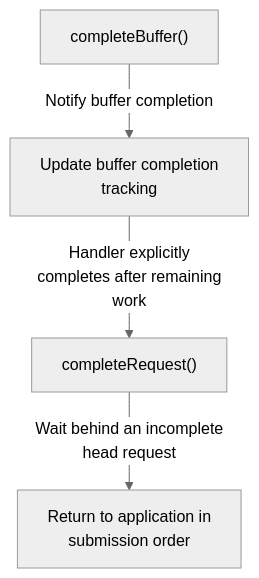
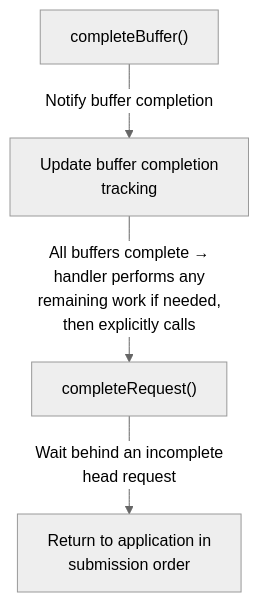
Before and after one commit to TTolsun/libcamera-sdd: the diagram in docs/en/pipeline-requests.buffer-request-completion.mmd, drawn with Mermaid (neutral theme). The commit also changed 95 other files, not shown here.

```diff
--- a/docs/en/pipeline-requests.buffer-request-completion.mmd
+++ b/docs/en/pipeline-requests.buffer-request-completion.mmd
@@ -1,9 +1,9 @@
 flowchart TB
 
   v_buffer["completeBuffer#40;#41;"]
   v_remaining["Update buffer completion <br/>tracking"]
   v_request["completeRequest#40;#41;"]
   v_application["Return to application in <br/>submission order"]
   v_buffer -->|"Notify buffer completion"| v_remaining
-  v_remaining -->|"Handler explicitly <br/>completes after remaining <br/>work"| v_request
+  v_remaining -->|"All buffers complete → <br/>handler performs any <br/>remaining work if needed, <br/>then explicitly calls"| v_request
   v_request -->|"Wait behind an incomplete <br/>head request"| v_application
```
